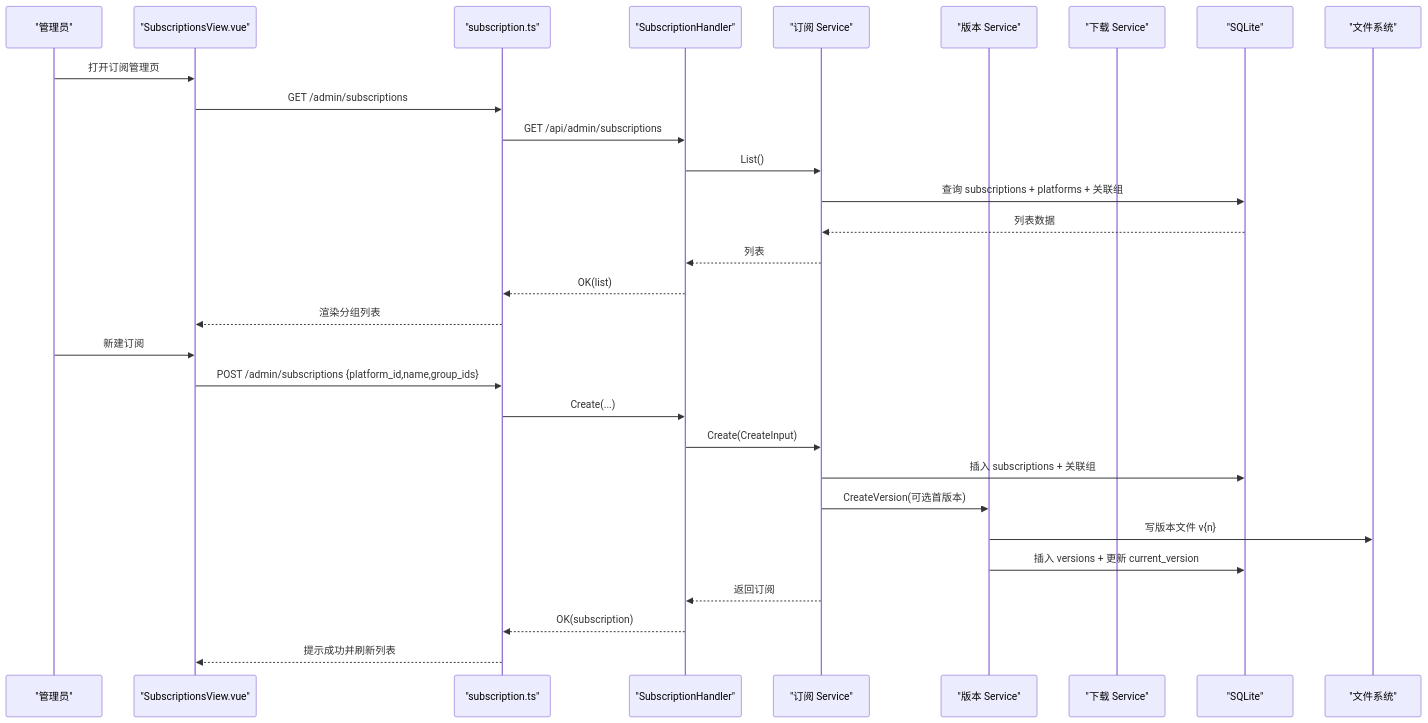
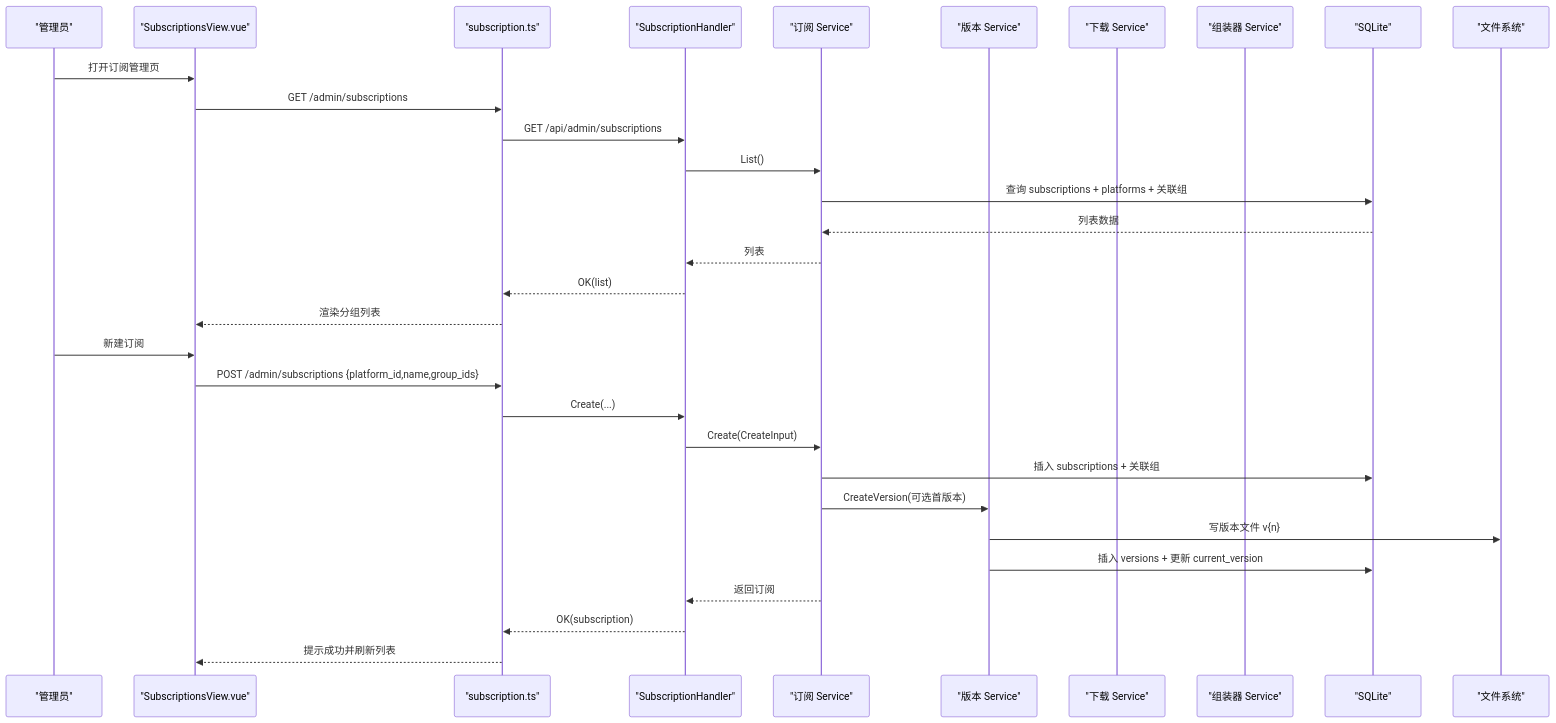
One commit to AlcaProphet/VPN-Subscription-Management changed the second of 8 diagrams in .qoder/repowiki/zh/content/核心功能模块/订阅管理系统.md. Above: the diagram before and after it, drawn with Mermaid. The commit also changed other lines of this file and 109 other files, not shown here.

````diff
--- a/.qoder/repowiki/zh/content/核心功能模块/订阅管理系统.md
+++ b/.qoder/repowiki/zh/content/核心功能模块/订阅管理系统.md
@@ -94,32 +97,33 @@
 ```mermaid
 sequenceDiagram
 participant U as "管理员"
 participant FE as "SubscriptionsView.vue"
 participant API as "subscription.ts"
 participant H as "SubscriptionHandler"
 participant S as "订阅 Service"
 participant V as "版本 Service"
 participant D as "下载 Service"
+participant A as "组装器 Service"
 participant DB as "SQLite"
 participant FS as "文件系统"
 U->>FE : 打开订阅管理页
 FE->>API : GET /admin/subscriptions
 API->>H : GET /api/admin/subscriptions
 H->>S : List()
 S->>DB : 查询 subscriptions + platforms + 关联组
 DB-->>S : 列表数据
 S-->>H : 列表
 H-->>API : OK(list)
 API-->>FE : 渲染分组列表
 U->>FE : 新建订阅
 FE->>API : POST /admin/subscriptions {platform_id,name,group_ids}
 API->>H : Create(...)
 H->>S : Create(CreateInput)
 S->>DB : 插入 subscriptions + 关联组
 S->>V : CreateVersion(可选首版本)
 V->>FS : 写版本文件 v{n}
 V->>DB : 插入 versions + 更新 current_version
 S-->>H : 返回订阅
 H-->>API : OK(subscription)
 API-->>FE : 提示成功并刷新列表
 ```
````
